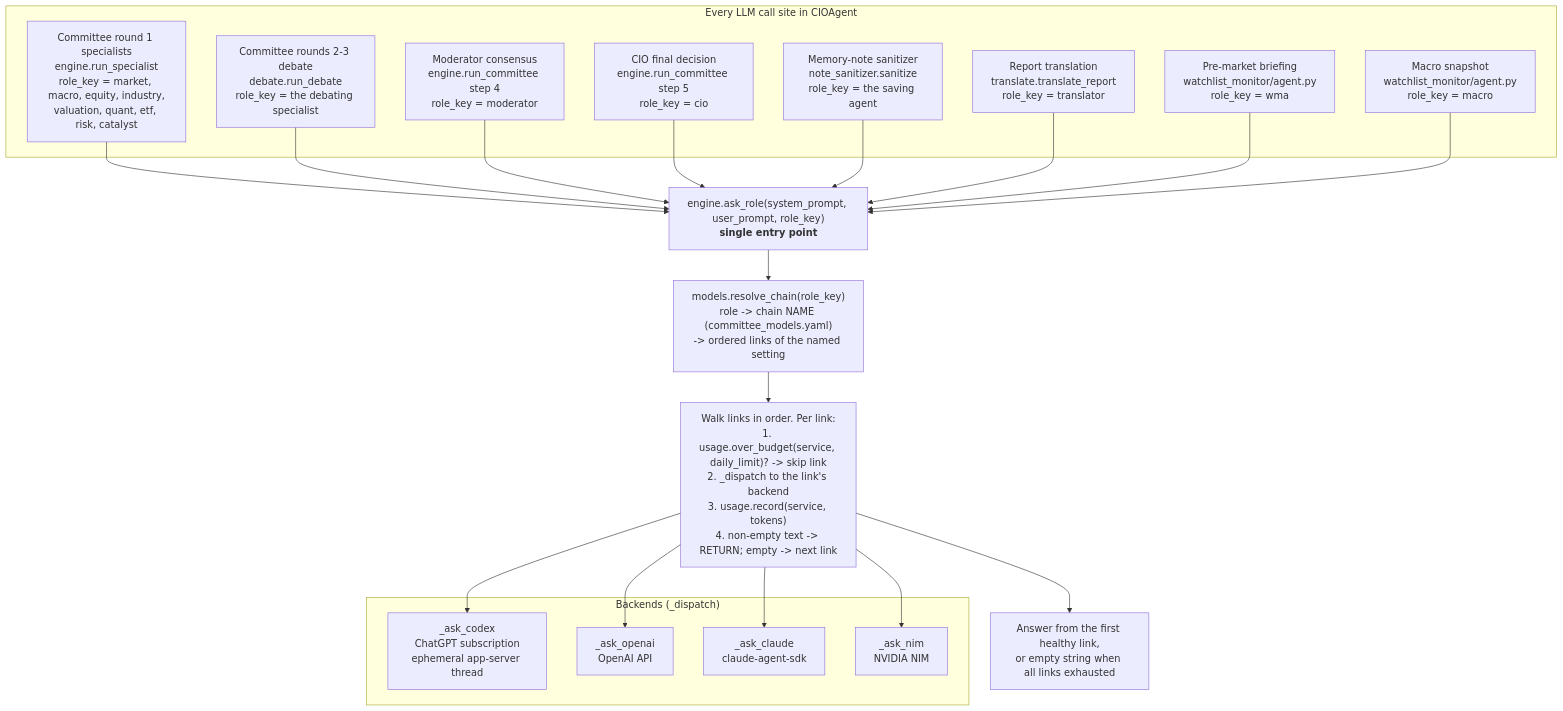
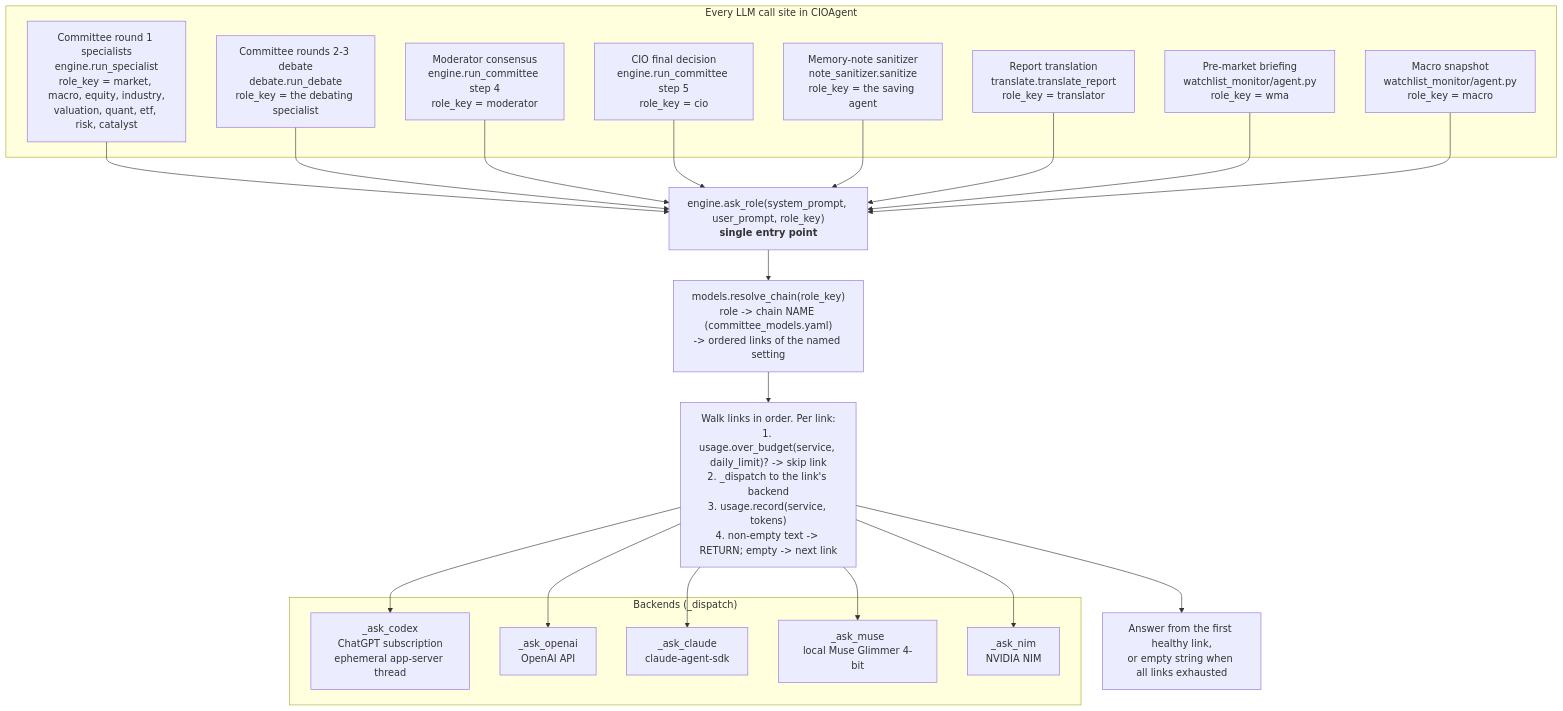
One commit to cloudaipro/CIOAgent changed the diagram in docs/FALLBACK-CHAINS.md. Above: the diagram before and after it, drawn with Mermaid. The commit also changed other lines of this file and 19 other files, not shown here.

Commit message:
feat: add Muse Glimmer model provider

````diff
--- a/docs/FALLBACK-CHAINS.md
+++ b/docs/FALLBACK-CHAINS.md
@@ -62,42 +65,44 @@
 ```mermaid
 flowchart TD
     subgraph CALLERS["Every LLM call site in CIOAgent"]
         SP["Committee round 1 specialists<br>engine.run_specialist<br>role_key = market, macro, equity, industry,<br>valuation, quant, etf, risk, catalyst"]
         DEB["Committee rounds 2-3 debate<br>debate.run_debate<br>role_key = the debating specialist"]
         MOD["Moderator consensus<br>engine.run_committee step 4<br>role_key = moderator"]
         CIOC["CIO final decision<br>engine.run_committee step 5<br>role_key = cio"]
         SAN["Memory-note sanitizer<br>note_sanitizer.sanitize<br>role_key = the saving agent"]
         TRA["Report translation<br>translate.translate_report<br>role_key = translator"]
         WMAB["Pre-market briefing<br>watchlist_monitor/agent.py<br>role_key = wma"]
         WMAM["Macro snapshot<br>watchlist_monitor/agent.py<br>role_key = macro"]
     end
 
     AR["engine.ask_role(system_prompt, user_prompt, role_key)<br><b>single entry point</b>"]
 
     SP --> AR
     DEB --> AR
     MOD --> AR
     CIOC --> AR
     SAN --> AR
     TRA --> AR
     WMAB --> AR
     WMAM --> AR
 
     AR --> RC["models.resolve_chain(role_key)<br>role -> chain NAME (committee_models.yaml)<br>-> ordered links of the named setting"]
 
     RC --> WALK["Walk links in order. Per link:<br>1. usage.over_budget(service, daily_limit)? -> skip link<br>2. _dispatch to the link's backend<br>3. usage.record(service, tokens)<br>4. non-empty text -> RETURN; empty -> next link"]
 
     subgraph BACKENDS["Backends (_dispatch)"]
         CDX["_ask_codex<br>ChatGPT subscription<br>ephemeral app-server thread"]
         OAI["_ask_openai<br>OpenAI API"]
         CLA["_ask_claude<br>claude-agent-sdk"]
+        MUSE["_ask_muse<br>local Muse Glimmer 4-bit"]
         NIM["_ask_nim<br>NVIDIA NIM"]
     end
 
     WALK --> CDX
     WALK --> OAI
     WALK --> CLA
+    WALK --> MUSE
     WALK --> NIM
 
     WALK --> RET["Answer from the first healthy link,<br>or empty string when all links exhausted"]
 ```
````
